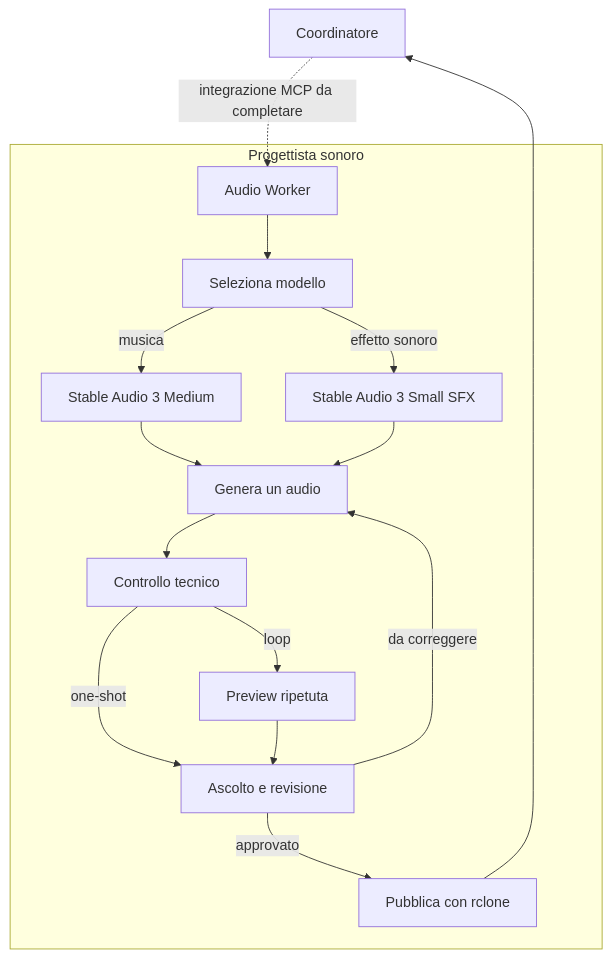
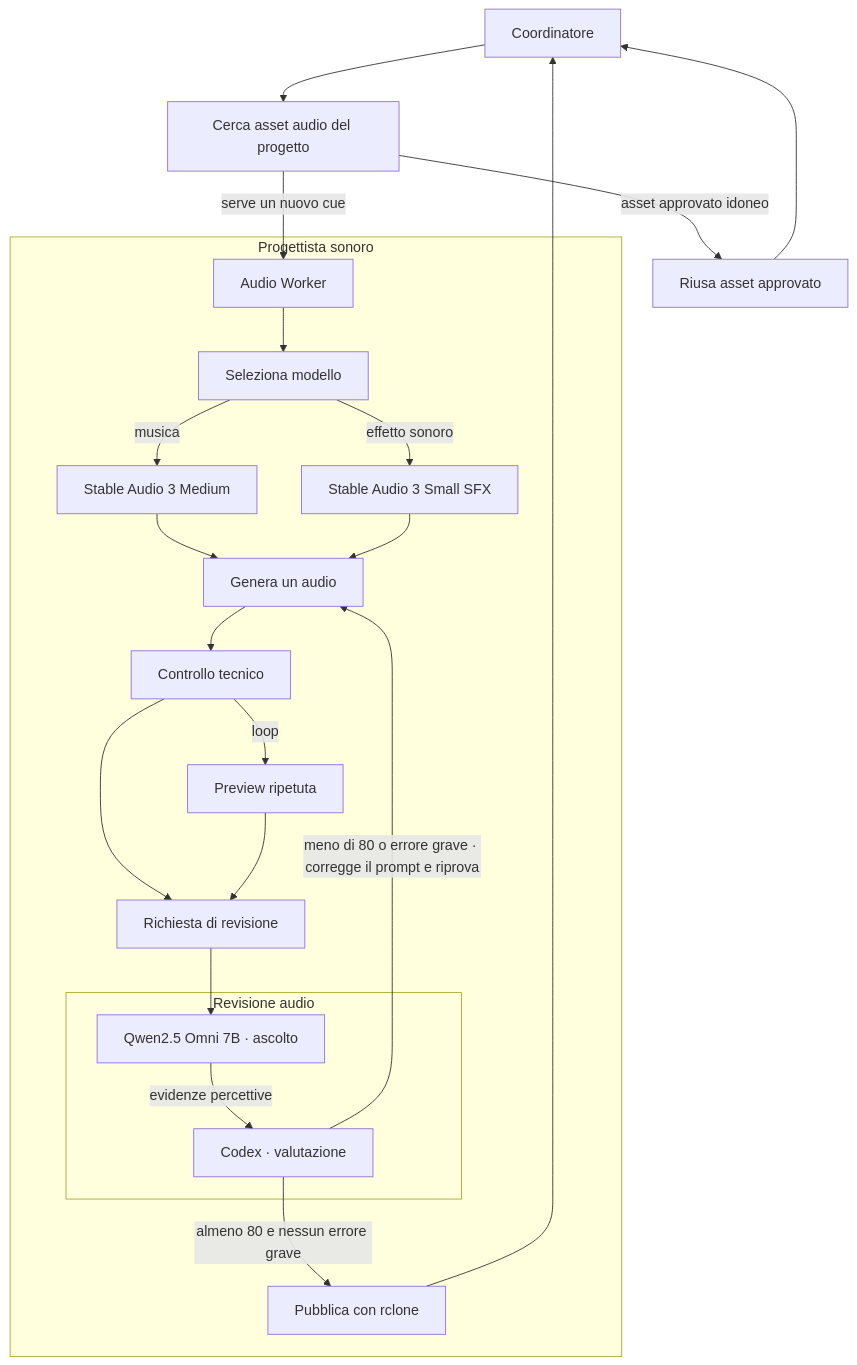
One commit to DRincs-Productions/LM-Studio changed the sixth of 10 diagrams in README.md. Above: the diagram before and after it, drawn with Mermaid. The commit also changed other lines of this file and 14 other files, not shown here.

Commit message:
Update MCP workers, add Codex Regia relay and document workflows

````diff
--- a/README.md
+++ b/README.md
@@ -140,28 +145,39 @@
 ```mermaid
 flowchart TD
     C[Coordinatore]
+    FIND[Cerca asset audio del progetto]
+    REUSE[Riusa asset approvato]
     subgraph SONORO[Progettista sonoro]
-        A[Audio Worker]
+        AW[Audio Worker]
         M[Seleziona modello]
         MM[Stable Audio 3 Medium]
         MS[Stable Audio 3 Small SFX]
         G[Genera un audio]
         T[Controllo tecnico]
         P[Preview ripetuta]
-        L[Ascolto e revisione]
+        ASK[Richiesta di revisione]
         O[Pubblica con rclone]
-        A --> M
+        AW --> M
         M -->|musica| MM
         M -->|effetto sonoro| MS
         MM --> G
         MS --> G
         G --> T
         T -->|loop| P
-        T -->|one-shot| L
-        P --> L
-        L -->|da correggere| G
-        L -->|approvato| O
+        subgraph REVIEW[Revisione audio]
+            LM[Qwen2.5 Omni 7B · ascolto]
+            R[Codex · valutazione]
+            LM -->|evidenze percettive| R
+        end
+        T --> ASK
+        P --> ASK
+        ASK --> LM
+        R -->|meno di 80 o errore grave · corregge il prompt e riprova| G
+        R -->|almeno 80 e nessun errore grave| O
     end
-    C -. integrazione MCP da completare .-> A
+    C --> FIND
+    FIND -->|asset approvato idoneo| REUSE
+    REUSE --> C
+    FIND -->|serve un nuovo cue| AW
     O --> C
 ```
````
